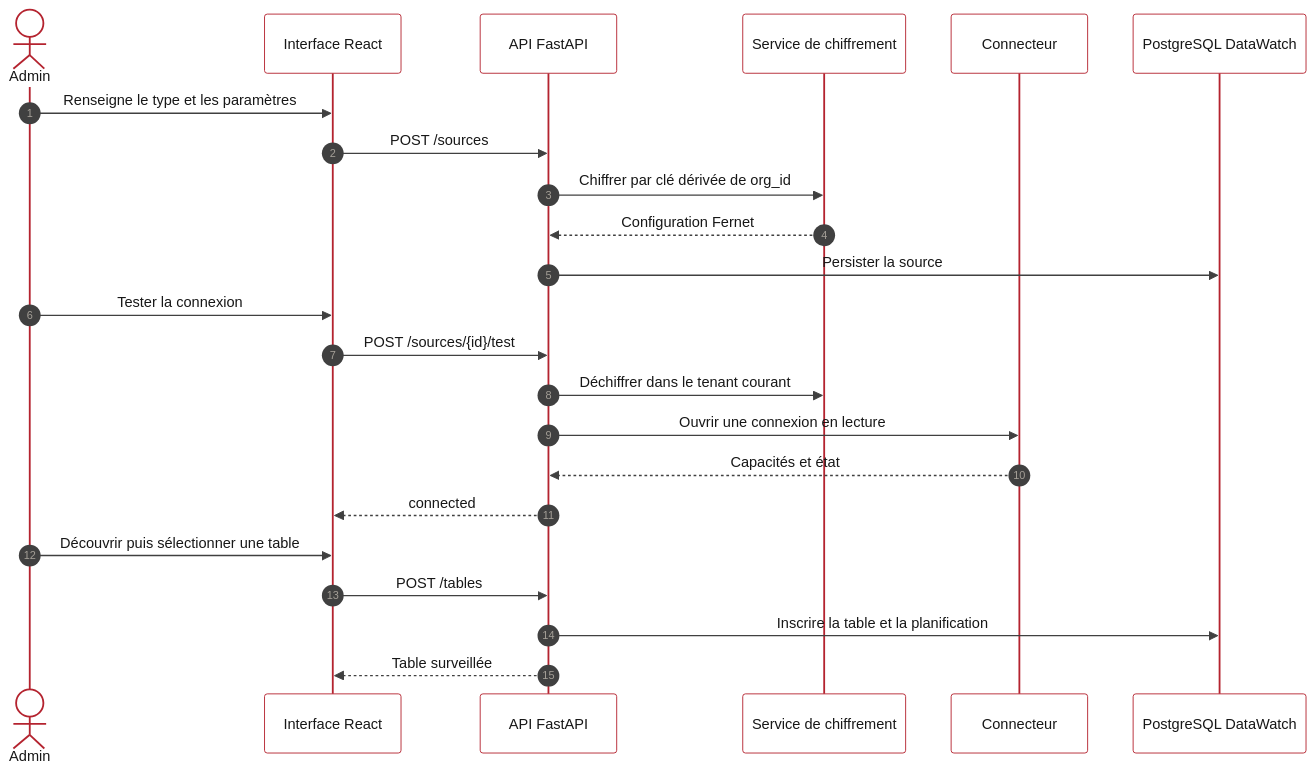
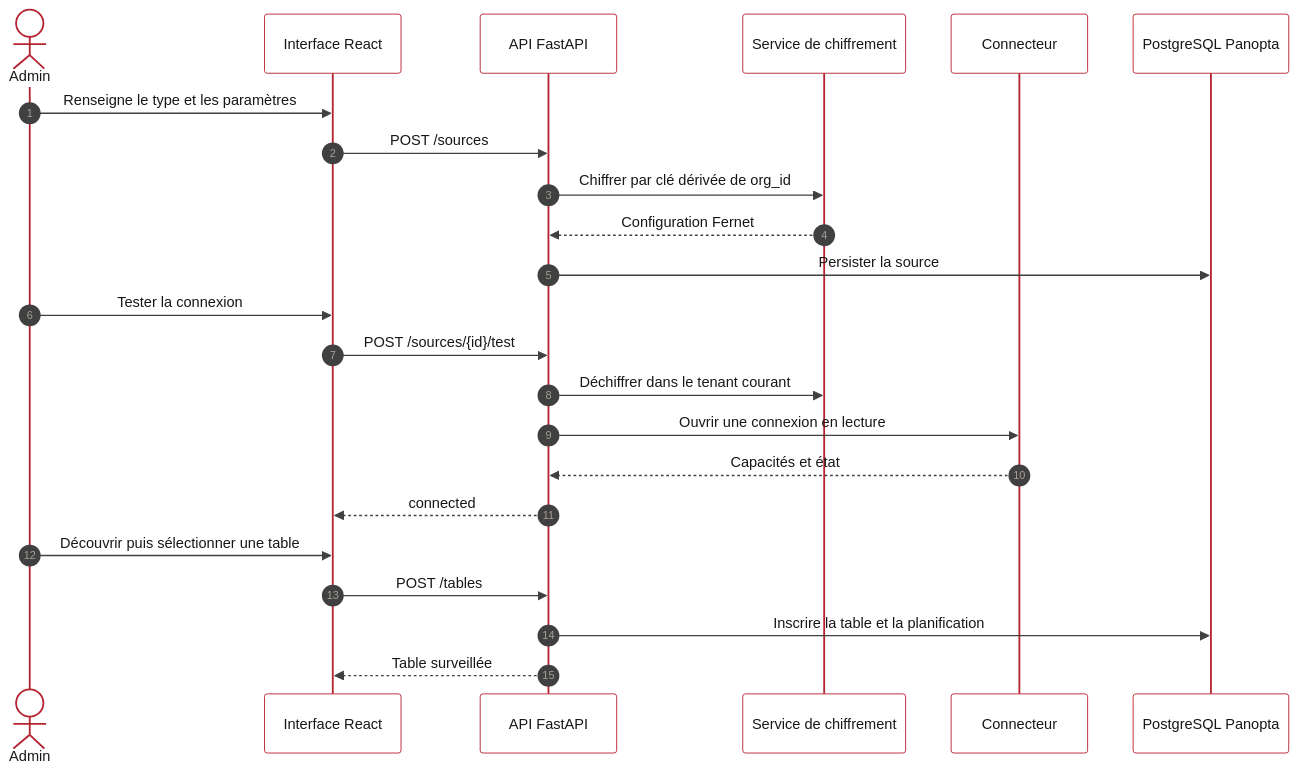
One commit to ryvga/DataWatch changed the diagram in docs/diagrams/pfe/mermaid/sequence_source.mmd. Above: the diagram before and after it, drawn with Mermaid. The commit also changed 28 other files, not shown here.

```diff
--- a/docs/diagrams/pfe/mermaid/sequence_source.mmd
+++ b/docs/diagrams/pfe/mermaid/sequence_source.mmd
@@ -1,24 +1,24 @@
 %%{init: {'theme':'base','themeVariables':{'fontFamily':'Arial','primaryColor':'#F7F3F2','primaryTextColor':'#171717','primaryBorderColor':'#B4232F','lineColor':'#5B6068','secondaryColor':'#F3F4F6','tertiaryColor':'#FFFFFF','clusterBkg':'#FFFFFF','clusterBorder':'#D1D5DB','actorBkg':'#FFFFFF','actorBorder':'#B4232F','actorTextColor':'#171717','signalColor':'#404040','signalTextColor':'#171717','noteBkgColor':'#FFF7ED','noteBorderColor':'#C2410C','noteTextColor':'#171717'}}}%%
 sequenceDiagram
     autonumber
     actor Admin
     participant UI as Interface React
     participant API as API FastAPI
     participant Crypto as Service de chiffrement
     participant Conn as Connecteur
-    participant DB as PostgreSQL DataWatch
+    participant DB as PostgreSQL Panopta
     Admin->>UI: Renseigne le type et les paramètres
     UI->>API: POST /sources
     API->>Crypto: Chiffrer par clé dérivée de org_id
     Crypto-->>API: Configuration Fernet
     API->>DB: Persister la source
     Admin->>UI: Tester la connexion
     UI->>API: POST /sources/{id}/test
     API->>Crypto: Déchiffrer dans le tenant courant
     API->>Conn: Ouvrir une connexion en lecture
     Conn-->>API: Capacités et état
     API-->>UI: connected
     Admin->>UI: Découvrir puis sélectionner une table
     UI->>API: POST /tables
     API->>DB: Inscrire la table et la planification
     API-->>UI: Table surveillée
```
